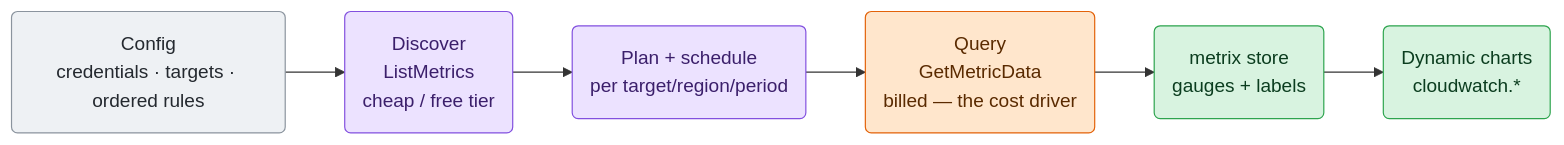
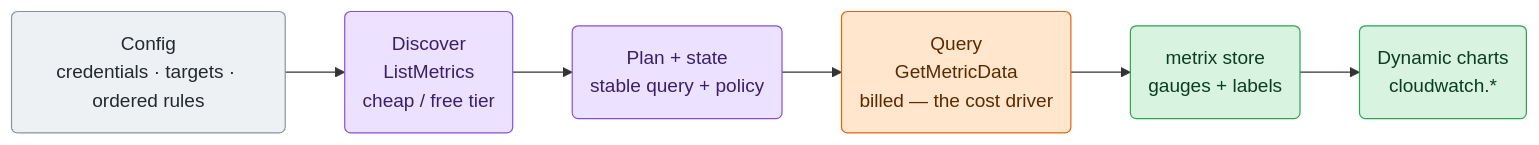
One commit to netdata/netdata changed the first of 3 diagrams in src/go/plugin/go.d/collector/cloudwatch/ARCHITECTURE.md. Above: the diagram before and after it, drawn with Mermaid. The commit also changed other lines of this file and 45 other files, not shown here.

````diff
--- a/src/go/plugin/go.d/collector/cloudwatch/ARCHITECTURE.md
+++ b/src/go/plugin/go.d/collector/cloudwatch/ARCHITECTURE.md
@@ -36,21 +36,21 @@
 ```mermaid
 flowchart LR
     cfg("Config<br/>credentials · targets · ordered rules")
     disc("Discover<br/>ListMetrics<br/>cheap / free tier")
-    plan("Plan + schedule<br/>per target/region/period")
+    plan("Plan + state<br/>stable query + policy")
     query("Query<br/>GetMetricData<br/>billed — the cost driver")
     store("metrix store<br/>gauges + labels")
     charts("Dynamic charts<br/>cloudwatch.*")
 
     cfg --> disc --> plan --> query --> store --> charts
 
     classDef input fill:#eef1f4,stroke:#8b949e,color:#24292f;
     classDef sched fill:#ece2ff,stroke:#8250df,color:#3b1f6b;
     classDef effect fill:#ffe6cc,stroke:#e36209,color:#5a2a00;
     classDef commit fill:#d8f3e0,stroke:#2da44e,color:#0b3d1f;
 
     class cfg input
     class disc,plan sched
     class query effect
     class store,charts commit
 ```
````
